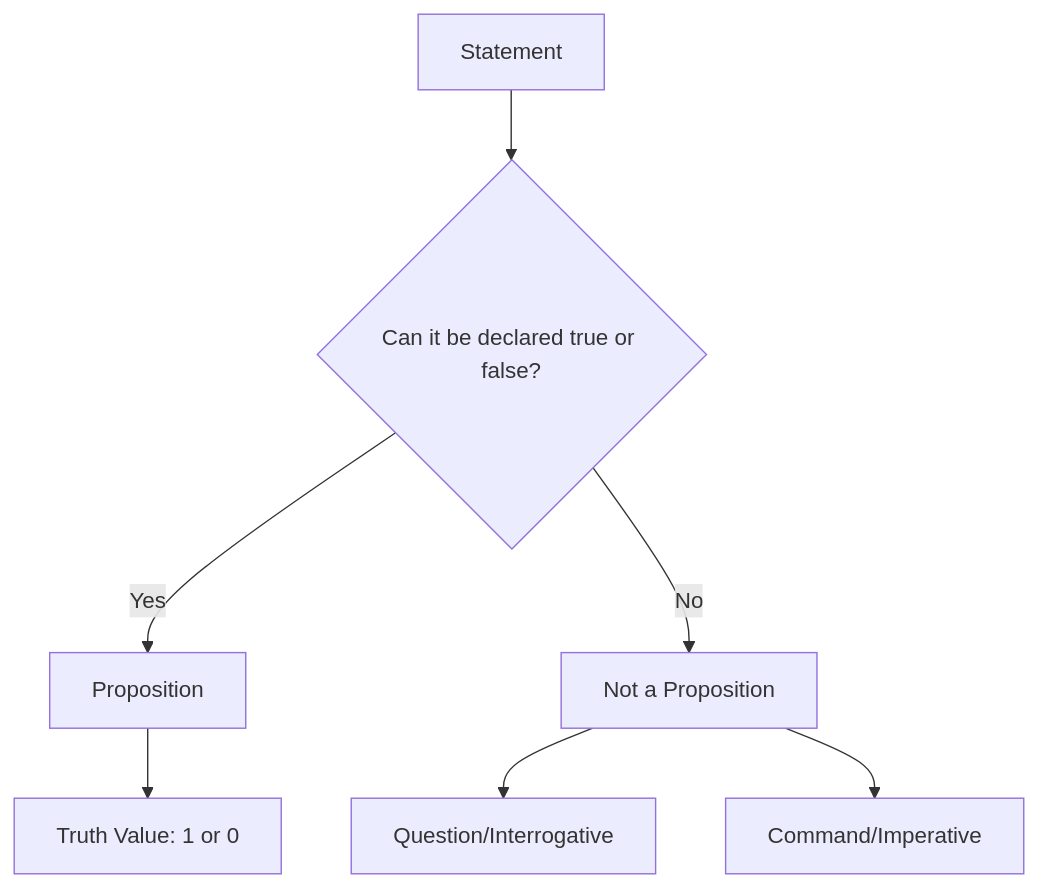
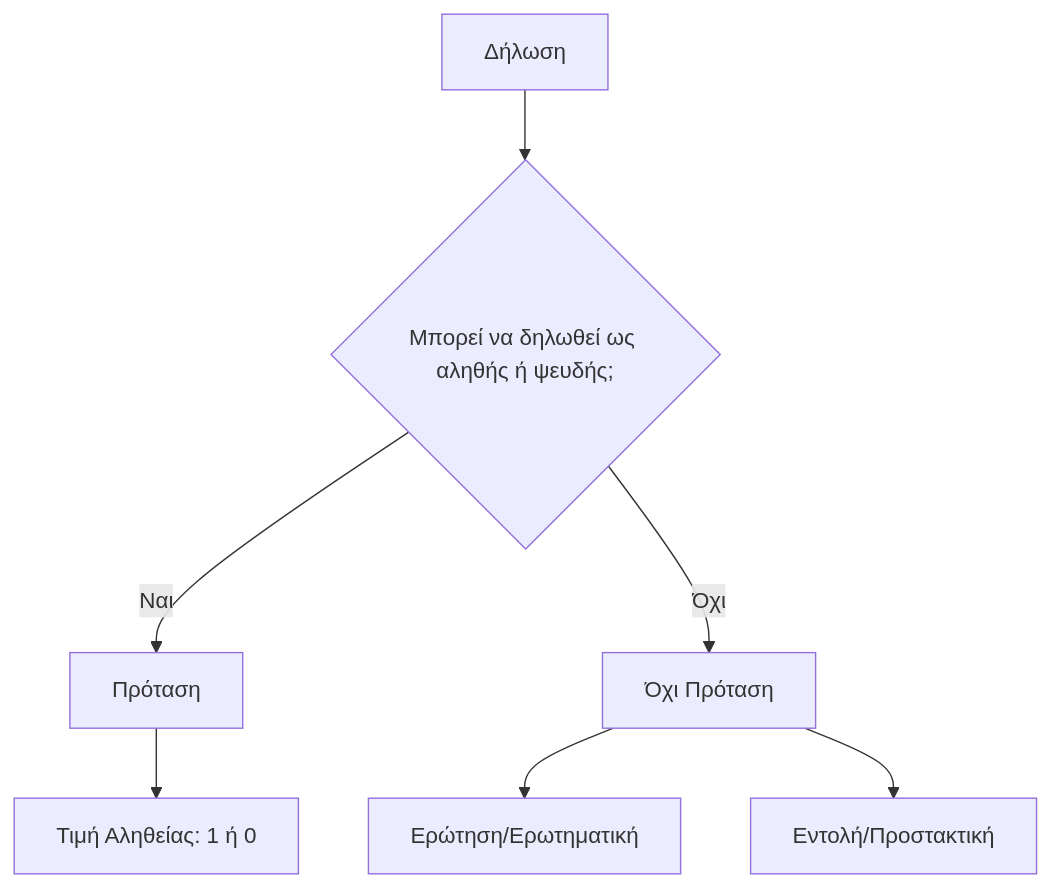
One commit to PanagopoulosNikolaos/DitOpenNotes changed the first of 5 diagrams in Year_1/Semester_2/DISCRETE_MATHEMATICS/Resources/Notes/5_Propositional Logic.md. Above: the diagram before and after it, drawn with Mermaid. The commit also changed other lines of this file and 8 other files, not shown here.

````diff
--- a/Year_1/Semester_2/DISCRETE_MATHEMATICS/Resources/Notes/5_Propositional Logic.md
+++ b/Year_1/Semester_2/DISCRETE_MATHEMATICS/Resources/Notes/5_Propositional Logic.md
@@ -23,9 +23,9 @@
 ```mermaid
 graph TD
-    A[Statement] --> B{Can it be declared true or false?}
-    B -->|Yes| C[Proposition]
-    B -->|No| D[Not a Proposition]
-    D --> E[Question/Interrogative]
-    D --> F[Command/Imperative]
-    C --> G[Truth Value: 1 or 0]
+    A[Δήλωση] --> B{Μπορεί να δηλωθεί ως αληθής ή ψευδής;}
+    B -->|Ναι| C[Πρόταση]
+    B -->|Όχι| D[Όχι Πρόταση]
+    D --> E[Ερώτηση/Ερωτηματική]
+    D --> F[Εντολή/Προστακτική]
+    C --> G[Τιμή Αληθείας: 1 ή 0]
 ```
````
